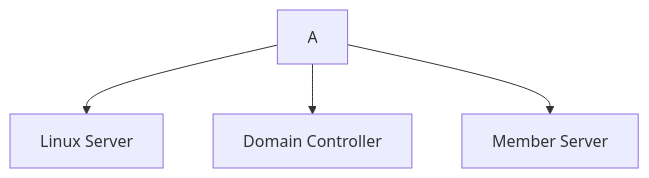
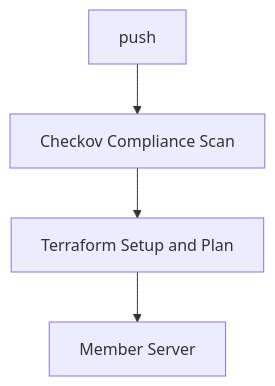
The diagram in README.md (RugbyTechAutomation/github_actions), drawn with Mermaid before and after one commit. The commit also changed other lines of this file, not shown here.

````diff
--- a/README.md
+++ b/README.md
@@ -3,6 +3,6 @@
 ```mermaid
 graph TD;
-  A --> L["Linux Server"]
-  A --> DC["Domain Controller"]
-  A --> MS["Member Server"]
+  push --> 1["Checkov Compliance Scan"]
+  1 --> 2["Terraform Setup and Plan"]
+  2 --> MS["Member Server"]
 ```
````
